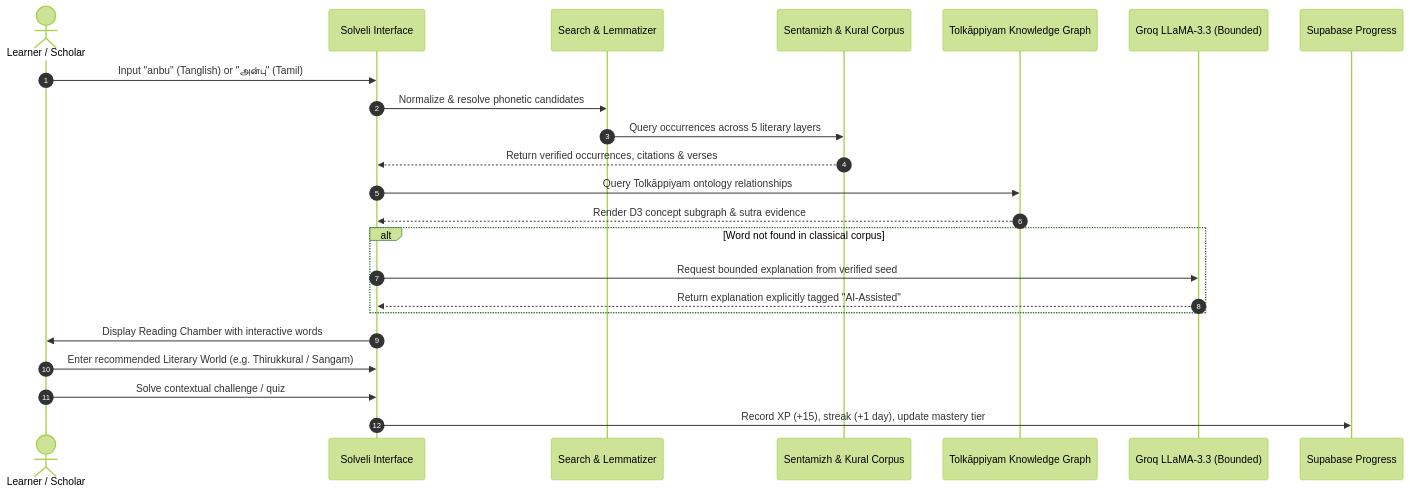
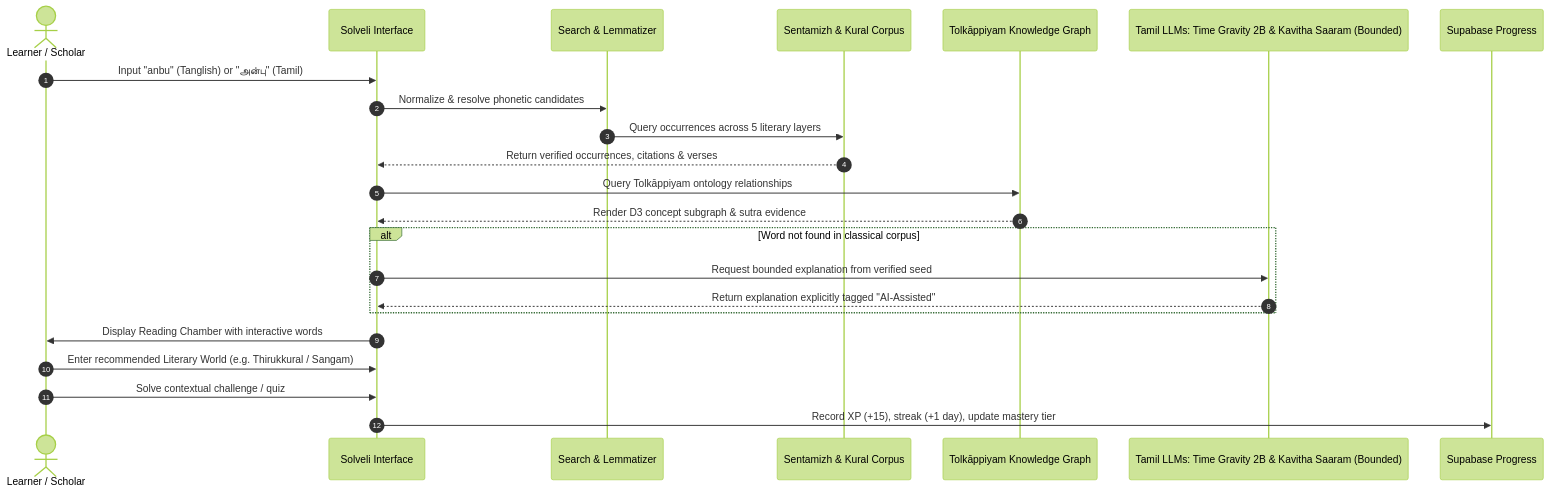
One commit to BLESSEDSAMUELES/Solveli-Ulagam changed the second of 2 diagrams in README.md. Above: the diagram before and after it, drawn with Mermaid (forest theme). The commit also changed other lines of this file and 18 other files, not shown here.

````diff
--- a/README.md
+++ b/README.md
@@ -112,26 +118,26 @@
 ```mermaid
 sequenceDiagram
     autonumber
     actor User as Learner / Scholar
     participant UI as Solveli Interface
     participant Engine as Search & Lemmatizer
     participant Corpus as Sentamizh & Kural Corpus
     participant Graph as Tolkāppiyam Knowledge Graph
-    participant AI as Groq LLaMA-3.3 (Bounded)
+    participant AI as Tamil LLMs: Time Gravity 2B & Kavitha Saaram (Bounded)
     participant DB as Supabase Progress
 
     User->>UI: Input "anbu" (Tanglish) or "அன்பு" (Tamil)
     UI->>Engine: Normalize & resolve phonetic candidates
     Engine->>Corpus: Query occurrences across 5 literary layers
     Corpus-->>UI: Return verified occurrences, citations & verses
     UI->>Graph: Query Tolkāppiyam ontology relationships
     Graph-->>UI: Render D3 concept subgraph & sutra evidence
     alt Word not found in classical corpus
         UI->>AI: Request bounded explanation from verified seed
         AI-->>UI: Return explanation explicitly tagged "AI-Assisted"
     end
     UI->>User: Display Reading Chamber with interactive words
     User->>UI: Enter recommended Literary World (e.g. Thirukkural / Sangam)
     User->>UI: Solve contextual challenge / quiz
     UI->>DB: Record XP (+15), streak (+1 day), update mastery tier
 ```
````
